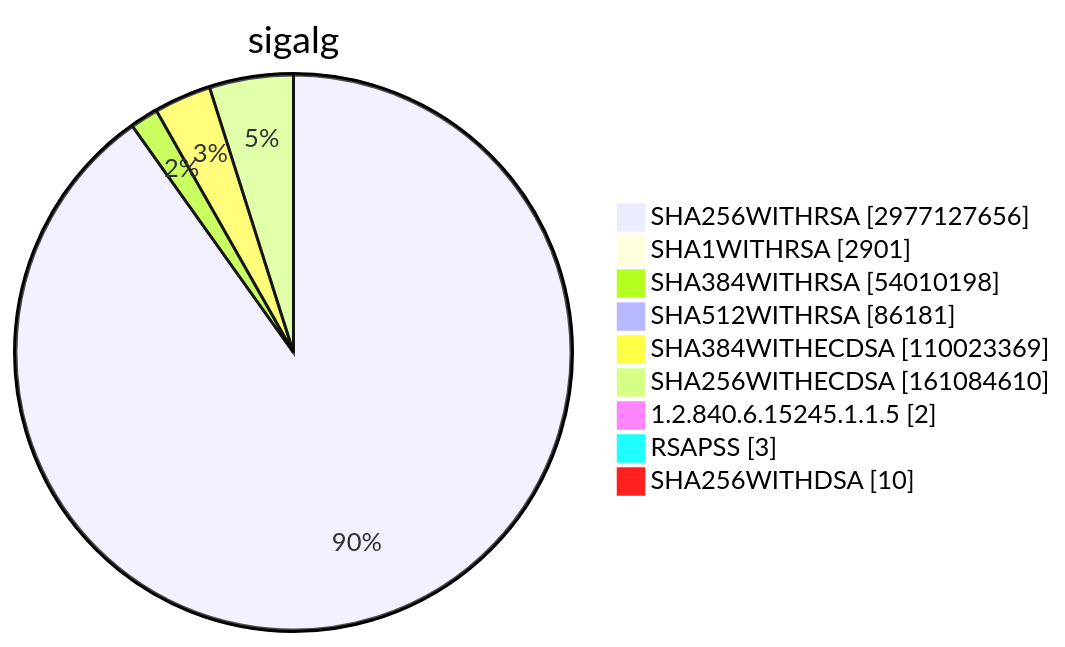
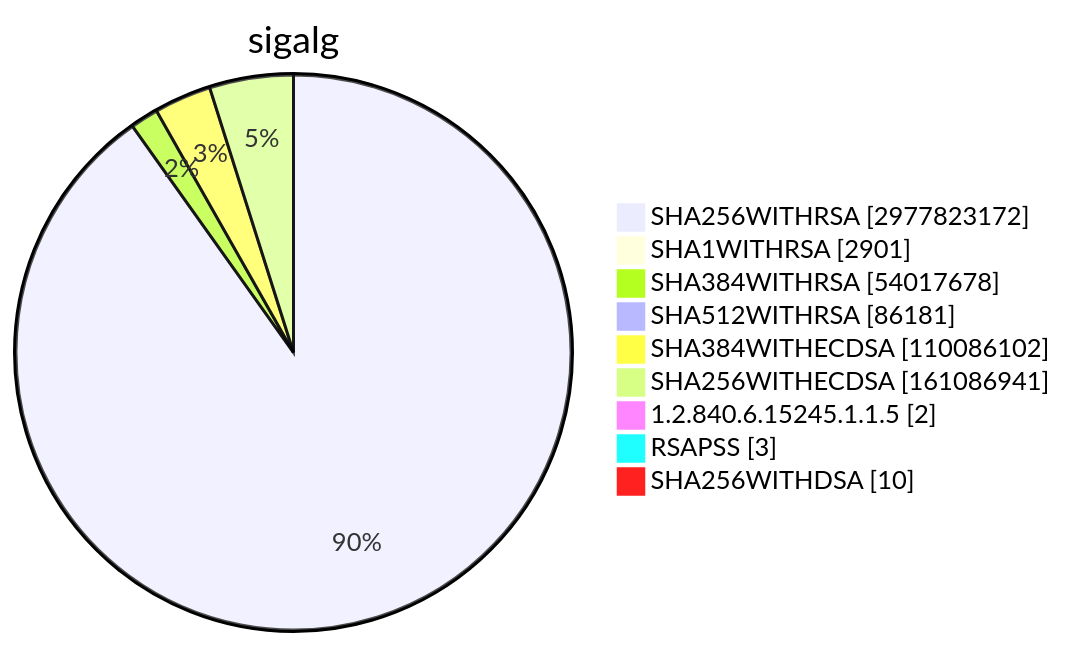
Diagram 15 of 15 in TOTAL/README.md (christiankrug/ctmonitor_visualization), drawn with Mermaid before and after one commit. The commit also changed other lines of this file, not shown here.

````diff
--- a/TOTAL/README.md
+++ b/TOTAL/README.md
@@ -6208,13 +6208,13 @@
 ```mermaid
 pie showData
 title sigalg
-"SHA256WITHRSA" :2977127656
+"SHA256WITHRSA" :2977823172
 "SHA1WITHRSA" :2901
-"SHA384WITHRSA" :54010198
+"SHA384WITHRSA" :54017678
 "SHA512WITHRSA" :86181
-"SHA384WITHECDSA" :110023369
-"SHA256WITHECDSA" :161084610
+"SHA384WITHECDSA" :110086102
+"SHA256WITHECDSA" :161086941
 "1.2.840.6.15245.1.1.5" :2
 "RSAPSS" :3
 "SHA256WITHDSA" :10
 ```
````
